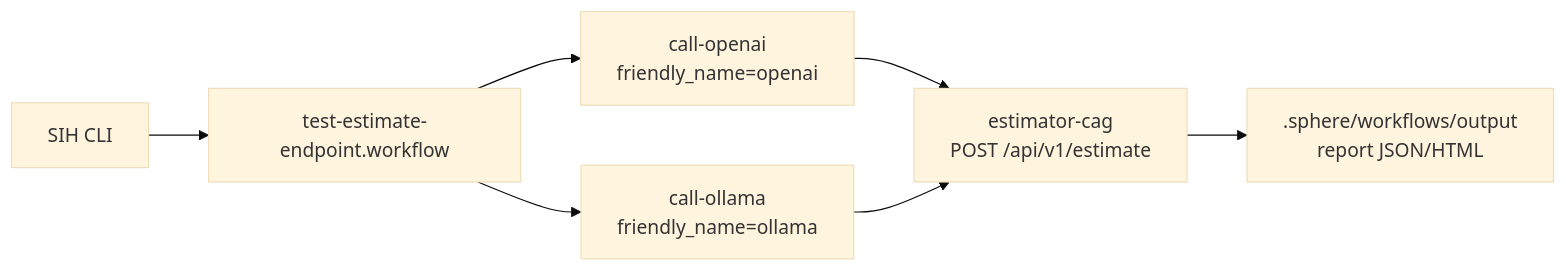
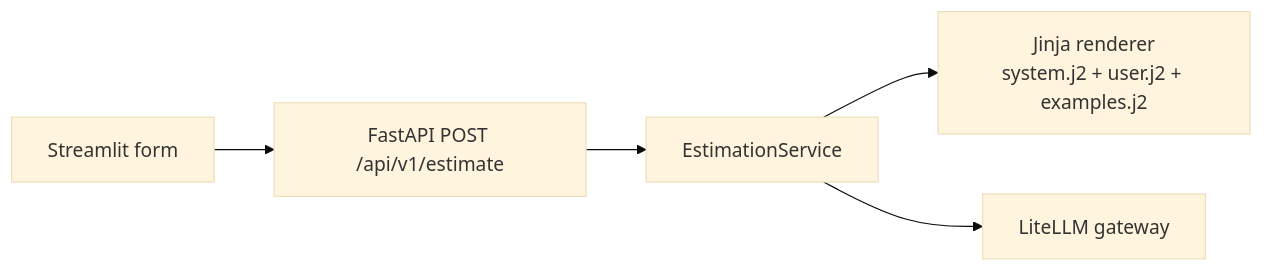
One commit to PinedaTec-EU/Lidr.co-Master changed the diagram in estimator-cag/README.md. Above: the diagram before and after it, drawn with Mermaid (base theme). The commit also changed other lines of this file, not shown here.

Commit message:
Document typed estimator prompt architecture

````diff
--- a/estimator-cag/README.md
+++ b/estimator-cag/README.md
@@ -321,9 +13,13 @@
 ```mermaid
 flowchart LR
-    SIH["SIH CLI"] --> W["test-estimate-endpoint.workflow"]
-    W --> OAI["call-openai<br/>friendly_name=openai"]
-    W --> OLL["call-ollama<br/>friendly_name=ollama"]
-    OAI --> API["estimator-cag<br/>POST /api/v1/estimate"]
-    OLL --> API
-    API --> Reports[".sphere/workflows/output<br/>report JSON/HTML"]
+    UI["Streamlit form"]
+    API["FastAPI POST /api/v1/estimate"]
+    USECASE["EstimationService"]
+    PROMPTS["Jinja renderer<br/>system.j2 + user.j2 + examples.j2"]
+    LLM["LiteLLM gateway"]
+
+    UI --> API
+    API --> USECASE
+    USECASE --> PROMPTS
+    USECASE --> LLM
 ```
````
